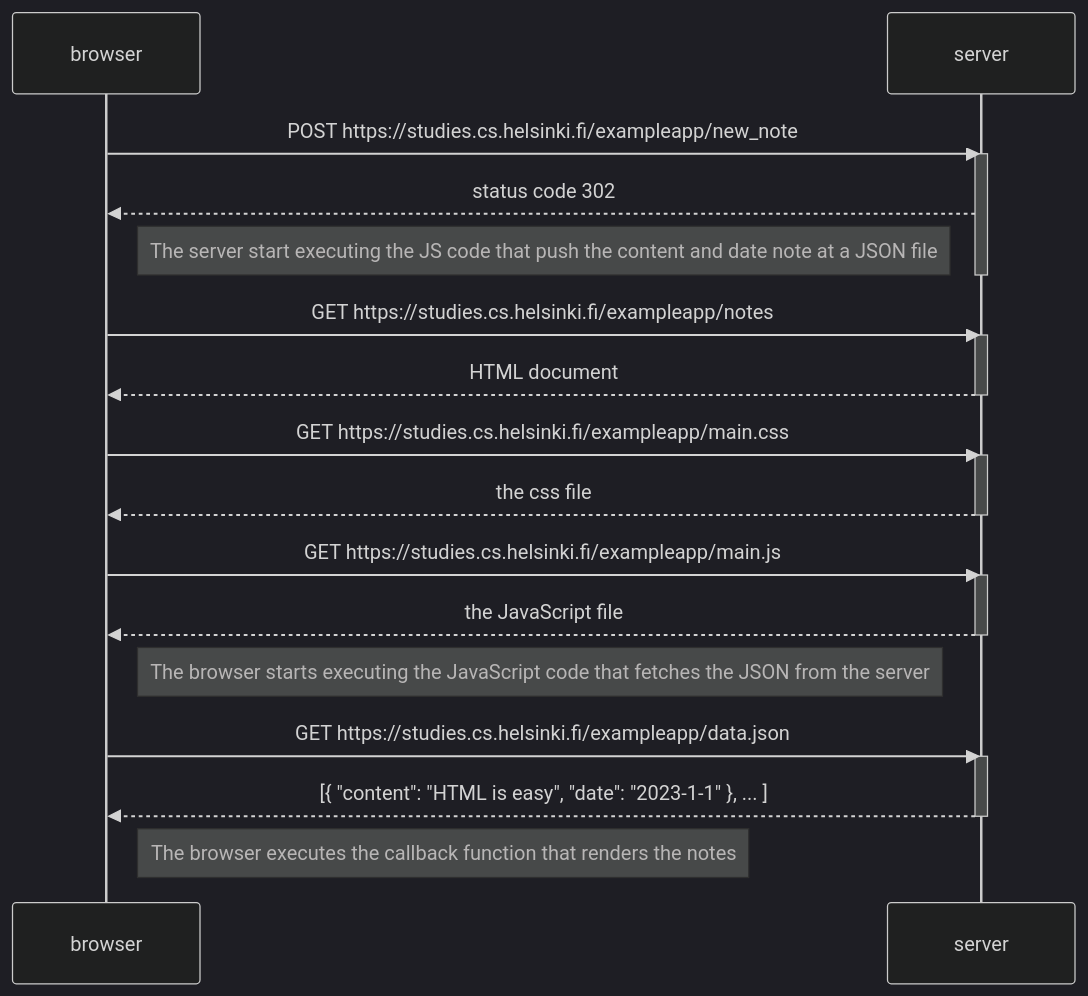
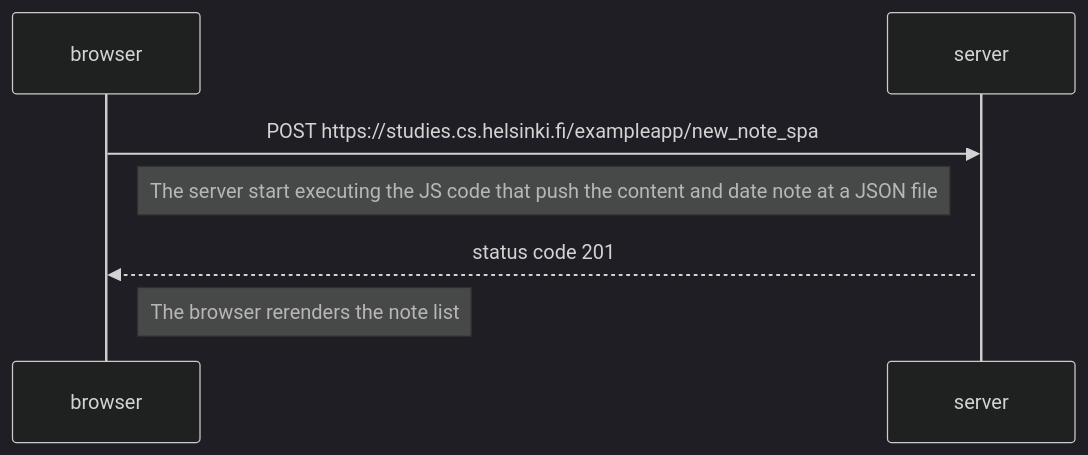
The diagram in New Note SPA Diagram.md (juliabraga/Full-Stack-Open-2022), drawn with Mermaid (dark theme) before and after one commit.

Commit message:
Complete the diagram

````diff
--- a/New Note SPA Diagram.md
+++ b/New Note SPA Diagram.md
@@ -3,33 +3,11 @@
 ```mermaid
     sequenceDiagram
     participant browser
     participant server
     
-    browser->>server: POST https://studies.cs.helsinki.fi/exampleapp/new_note
+    browser->>server: POST https://studies.cs.helsinki.fi/exampleapp/new_note_spa
+    Note left of server: The server start executing the JS code that push the content and date note at a JSON file
     activate server
-    server-->>browser: status code 302
-    Note left of server: The server start executing the JS code that push the content and date note at a JSON file
-    deactivate server
-    browser->>server: GET https://studies.cs.helsinki.fi/exampleapp/notes
-    activate server
-    server-->>browser: HTML document
-    deactivate server
-    
-    browser->>server: GET https://studies.cs.helsinki.fi/exampleapp/main.css
-    activate server
-    server-->>browser: the css file
-    deactivate server
-    
-    browser->>server: GET https://studies.cs.helsinki.fi/exampleapp/main.js
-    activate server
-    server-->>browser: the JavaScript file
-    deactivate server
-    
-    Note right of browser: The browser starts executing the JavaScript code that fetches the JSON from the server
-    
-    browser->>server: GET https://studies.cs.helsinki.fi/exampleapp/data.json
-    activate server
-    server-->>browser: [{ "content": "HTML is easy", "date": "2023-1-1" }, ... ]
-    deactivate server    
-    Note right of browser: The browser executes the callback function that renders the notes 
+    server-->>browser: status code 201
+    Note right of browser: The browser rerenders the note list
 ```
````
